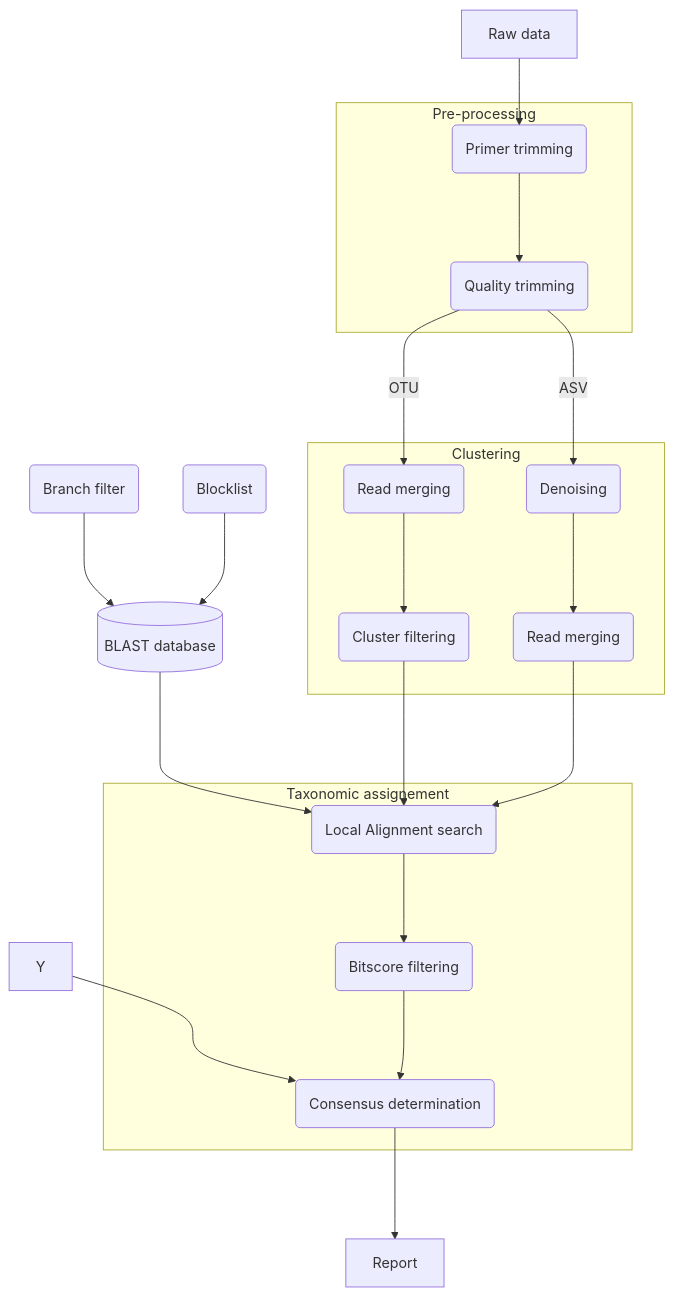
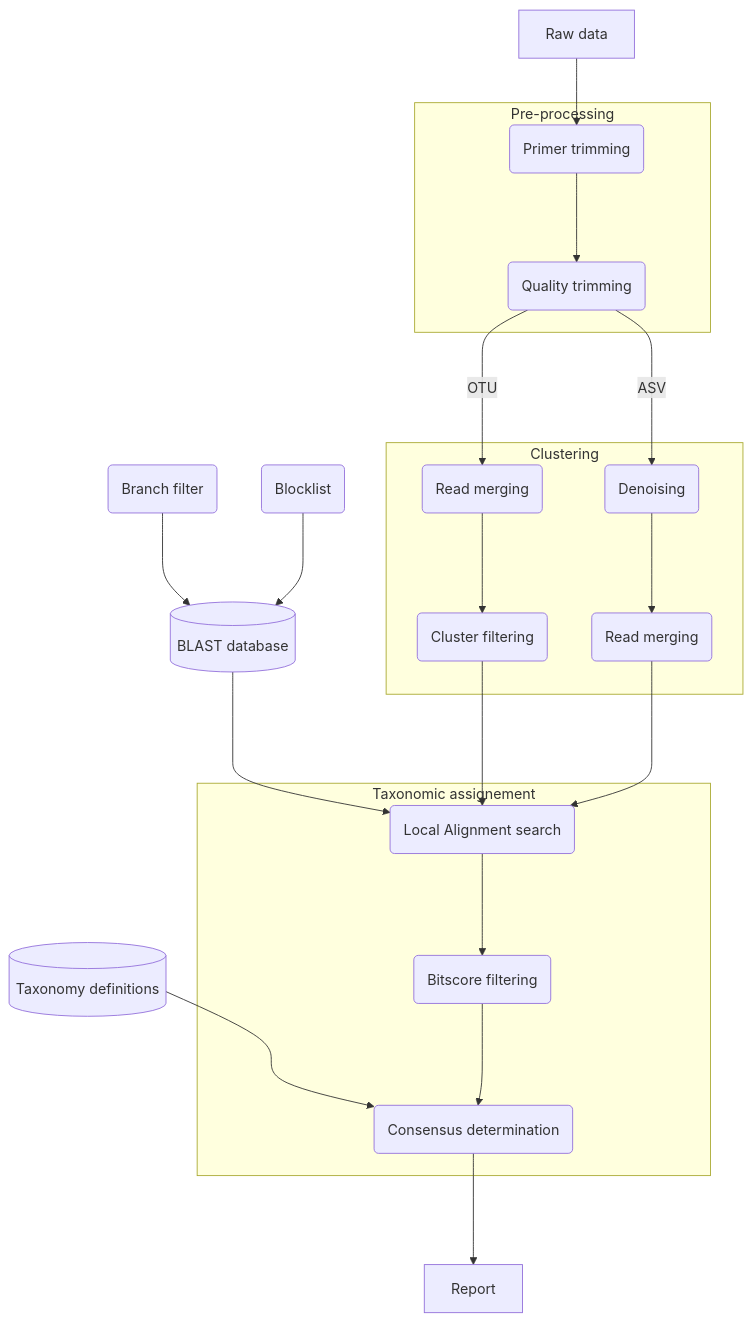
The diagram in docs/userguide/overview.md (CVUA-RRW/FooDMe), drawn with Mermaid before and after one commit.

````diff
--- a/docs/userguide/overview.md
+++ b/docs/userguide/overview.md
@@ -109,24 +109,24 @@
 ```mermaid
 flowchart TD
     A[Raw data] --> B(Primer trimming)
     subgraph Pre-processing
     B ---> C(Quality trimming)
     end
     C --->|OTU| D1(Read merging)
     C --->|ASV| D2(Denoising)
     subgraph Clustering
     D1 ---> E1(Cluster filtering)
     D2  ---> E2(Read merging)
     end
     Z1(Branch filter) ---> Z0[(BLAST database)]
     Z2(Blocklist) ---> Z0
     Z0 ---> F(Local Alignment search)
     E1 ---> F
     E2 ---> F
-    Y ---> H(Consensus determination)
+    Y[(Taxonomy definitions)] ---> H(Consensus determination)
     subgraph Taxonomic assignement
     F ---> G(Bitscore filtering)
     G ---> H
     end
     H ---> I[Report]
 ```
````
